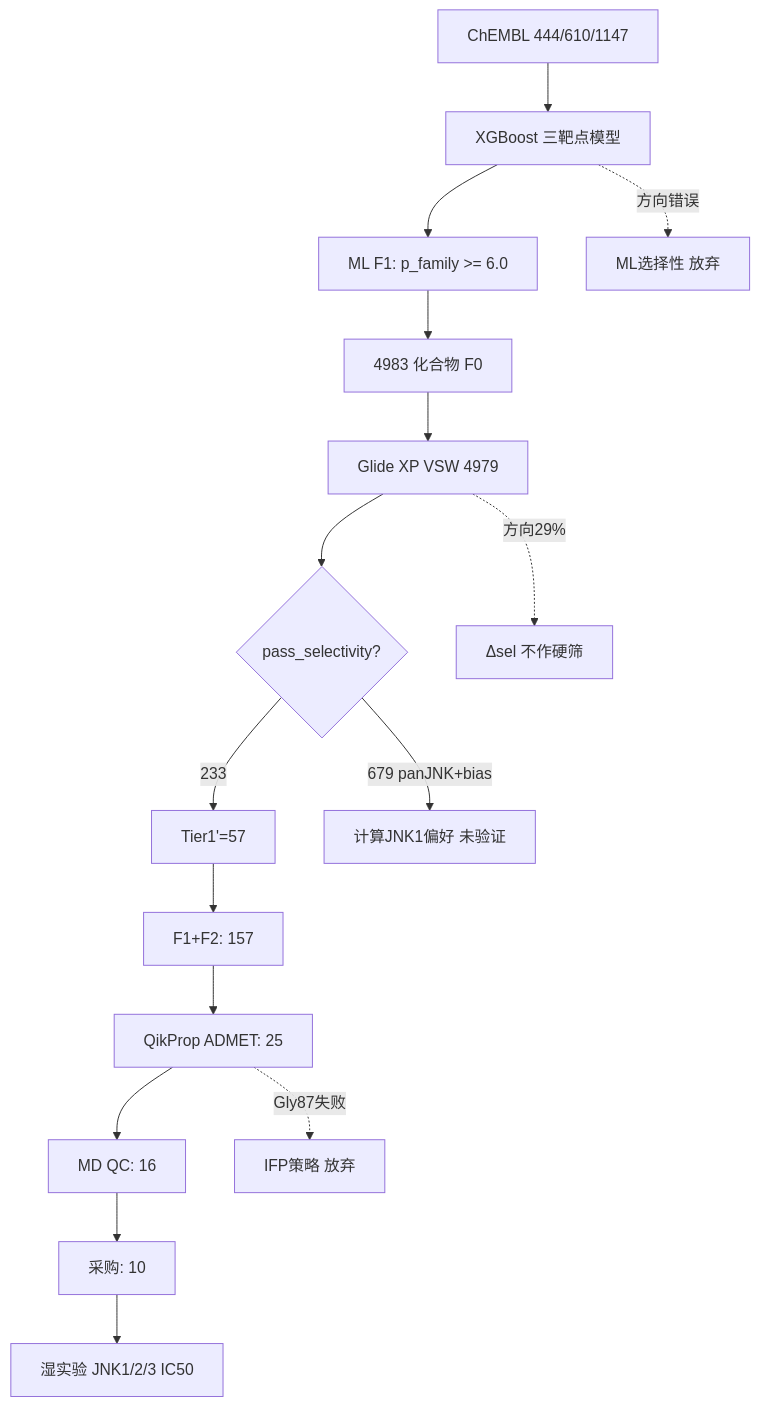
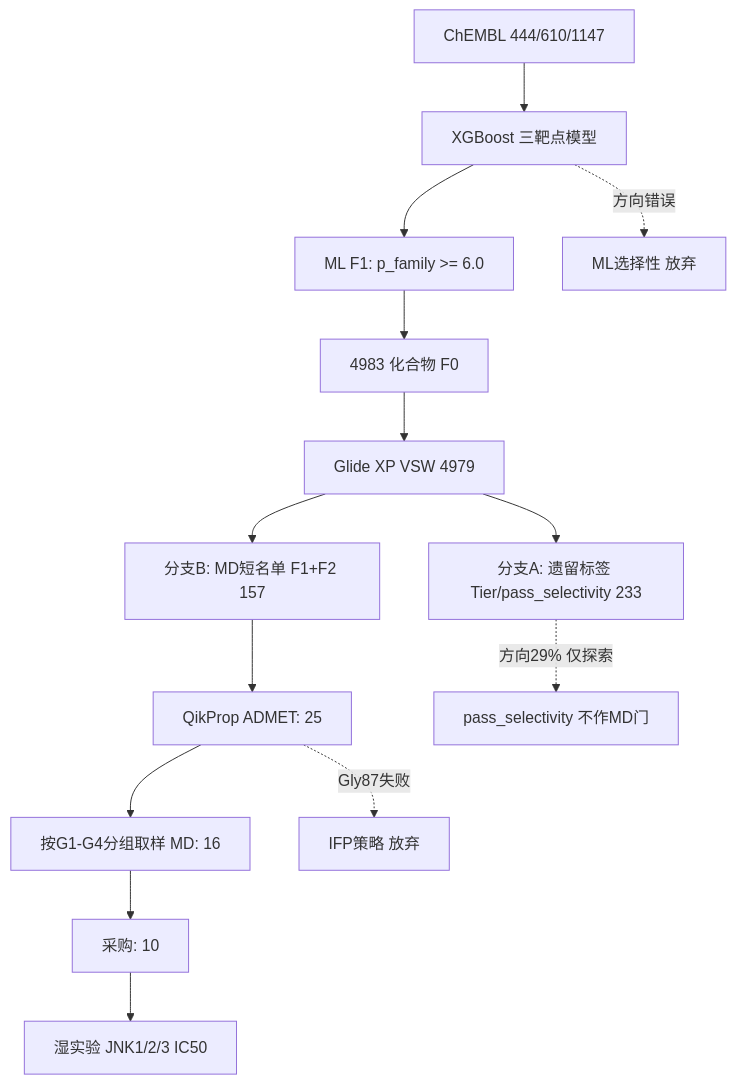
Before and after one commit to 1280602962-debug/gwj260531: the diagram in JNK1_Selectivity_Project/docs/JNK1_PROJECT_REPORT.md, drawn with Mermaid. The commit also changed other lines of this file, not shown here.

````diff
--- a/JNK1_Selectivity_Project/docs/JNK1_PROJECT_REPORT.md
+++ b/JNK1_Selectivity_Project/docs/JNK1_PROJECT_REPORT.md
@@ -939,19 +973,17 @@
 ```mermaid
 flowchart TD
     A[ChEMBL 444/610/1147] --> B[XGBoost 三靶点模型]
     B --> C[ML F1: p_family >= 6.0]
     C --> D[4983 化合物 F0]
     D --> E[Glide XP VSW 4979]
-    E --> F{pass_selectivity?}
-    F -->|233| G[Tier1'=57]
-    F -->|679 panJNK+bias| H[计算JNK1偏好 未验证]
-    G --> I[F1+F2: 157]
-    I --> J[QikProp ADMET: 25]
-    J --> K[MD QC: 16]
+    E --> A1[分支A: 遗留标签 Tier/pass_selectivity 233]
+  E --> B1[分支B: MD短名单 F1+F2 157]
+    B1 --> J[QikProp ADMET: 25]
+    J --> K[按G1-G4分组取样 MD: 16]
     K --> L[采购: 10]
     L --> M[湿实验 JNK1/2/3 IC50]
     
     B -.->|方向错误| X1[ML选择性 放弃]
-    E -.->|方向29%| X2[Δsel 不作硬筛]
+    A1 -.->|方向29% 仅探索| X2[pass_selectivity 不作MD门]
     J -.->|Gly87失败| X3[IFP策略 放弃]
 ```
````
